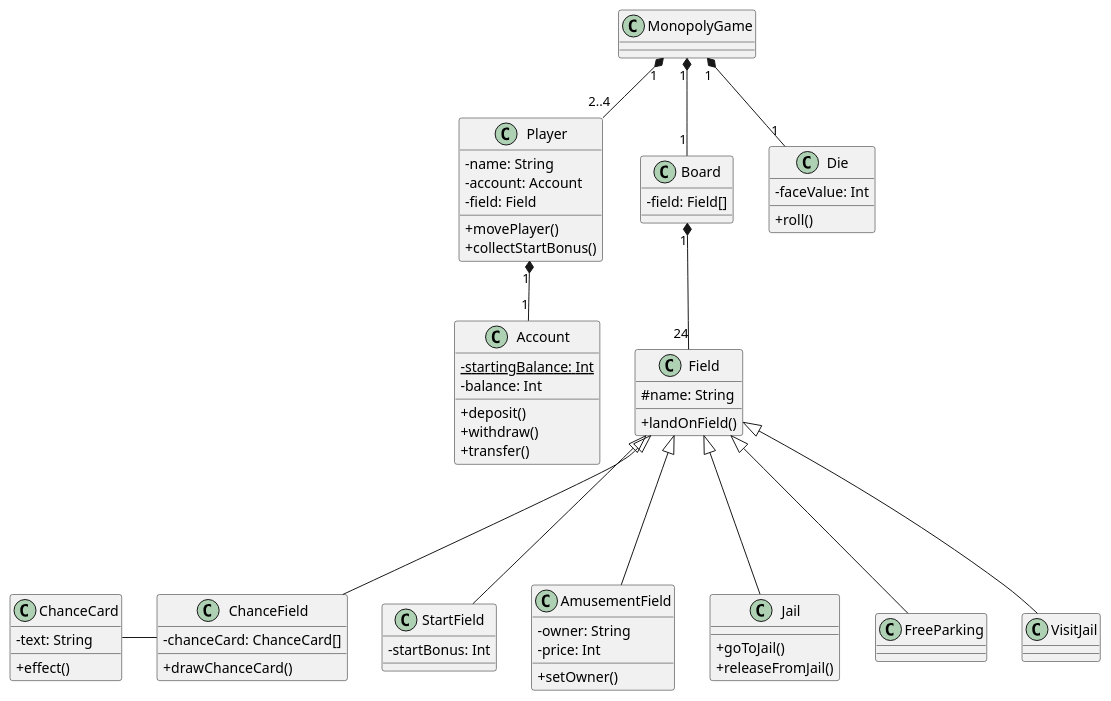
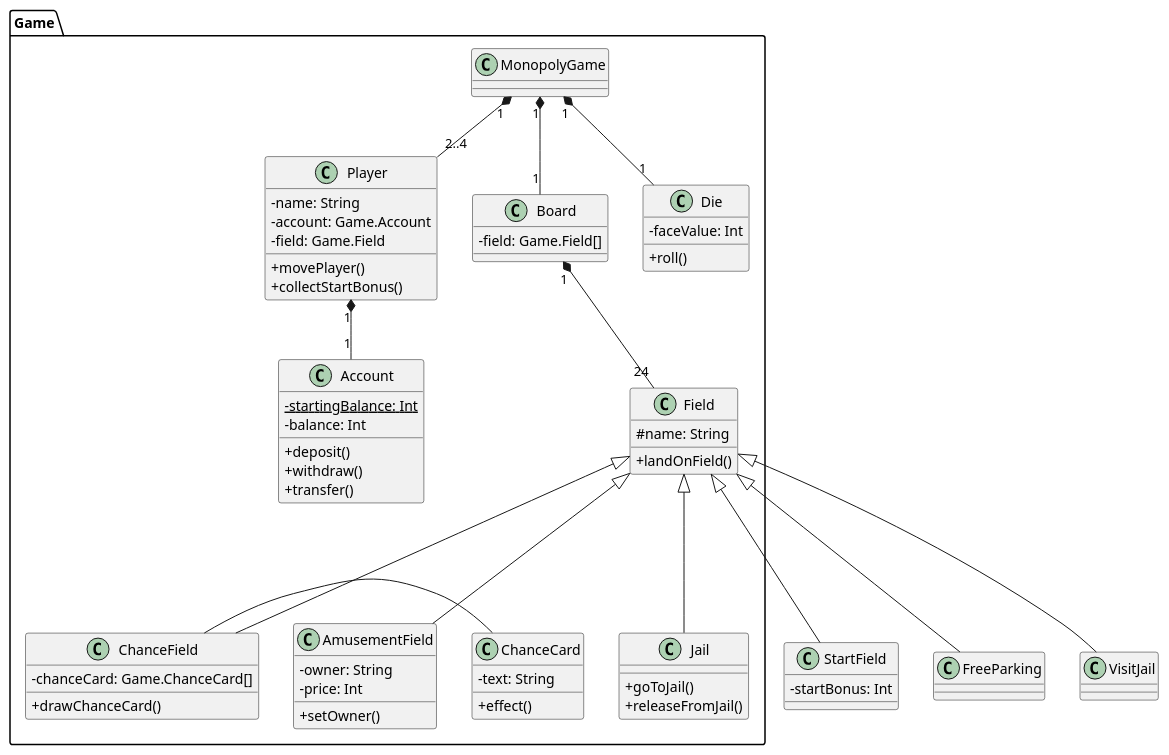
Before and after one commit to GabeKierk889/gruppe-18: the diagram in 18_del3/PlantUML/DesignClassModel.puml, drawn with PlantUML. The commit also changed 23 other files, not shown here.

```diff
--- a/18_del3/PlantUML/DesignClassModel.puml
+++ b/18_del3/PlantUML/DesignClassModel.puml
@@ -1,87 +1,87 @@
 @startuml
 'https://plantuml.com/class-diagram
 skinparam classAttributeIconSize 0
 
-class MonopolyGame {
+class Game.MonopolyGame {
 
 }
 
-class Player {
+class Game.Player {
     -name: String
-    -account: Account
-    -field: Field
+    -account: Game.Account
+    -field: Game.Field
     +movePlayer()
     +collectStartBonus()
 }
 
-class Board {
-    -field: Field[]
+class Game.Board {
+    -field: Game.Field[]
 }
 
-class Field {
+class Game.Field {
     #name: String
     +landOnField()
 }
 
-class Account {
+class Game.Account {
     {static}-startingBalance: Int
     -balance: Int
     +deposit()
     +withdraw()
     +transfer()
 }
 
-class Die {
+class Game.Die {
     -faceValue: Int
     +roll()
 }
 
-class ChanceCard {
+class Game.ChanceCard {
     -text: String
     +effect()
 }
 
 class StartField {
     -startBonus: Int
 
 }
 
-class AmusementField {
+class Game.AmusementField {
     -owner: String
     -price: Int
     +setOwner()
 }
 
-class ChanceField {
-    -chanceCard: ChanceCard[]
+class Game.ChanceField {
+    -chanceCard: Game.ChanceCard[]
     +drawChanceCard()
 }
 
-class Jail {
+class Game.Jail {
     +goToJail()
     +releaseFromJail()
 }
 
 class FreeParking {
 
 }
 
 class VisitJail {
 
 }
 
-MonopolyGame "1" *-- "1" Board
-MonopolyGame "1" *-- "1" Die
-MonopolyGame "1" *-- "2..4" Player
-Player "1" *-- "1" Account
-Board "1" *-- "24" Field
-Field <|--- StartField
-Field <|--- AmusementField
-Field <|--- ChanceField
-Field <|--- Jail
-Field <|--- FreeParking
-Field <|--- VisitJail
-ChanceCard - ChanceField
+Game.MonopolyGame "1" *-- "1" Game.Board
+Game.MonopolyGame "1" *-- "1" Game.Die
+Game.MonopolyGame "1" *-- "2..4" Game.Player
+Game.Player "1" *-- "1" Game.Account
+Game.Board "1" *-- "24" Game.Field
+Game.Field <|--- StartField
+Game.Field <|--- Game.AmusementField
+Game.Field <|--- Game.ChanceField
+Game.Field <|--- Game.Jail
+Game.Field <|--- FreeParking
+Game.Field <|--- VisitJail
+Game.ChanceCard - Game.ChanceField
 
 
 @enduml
```
